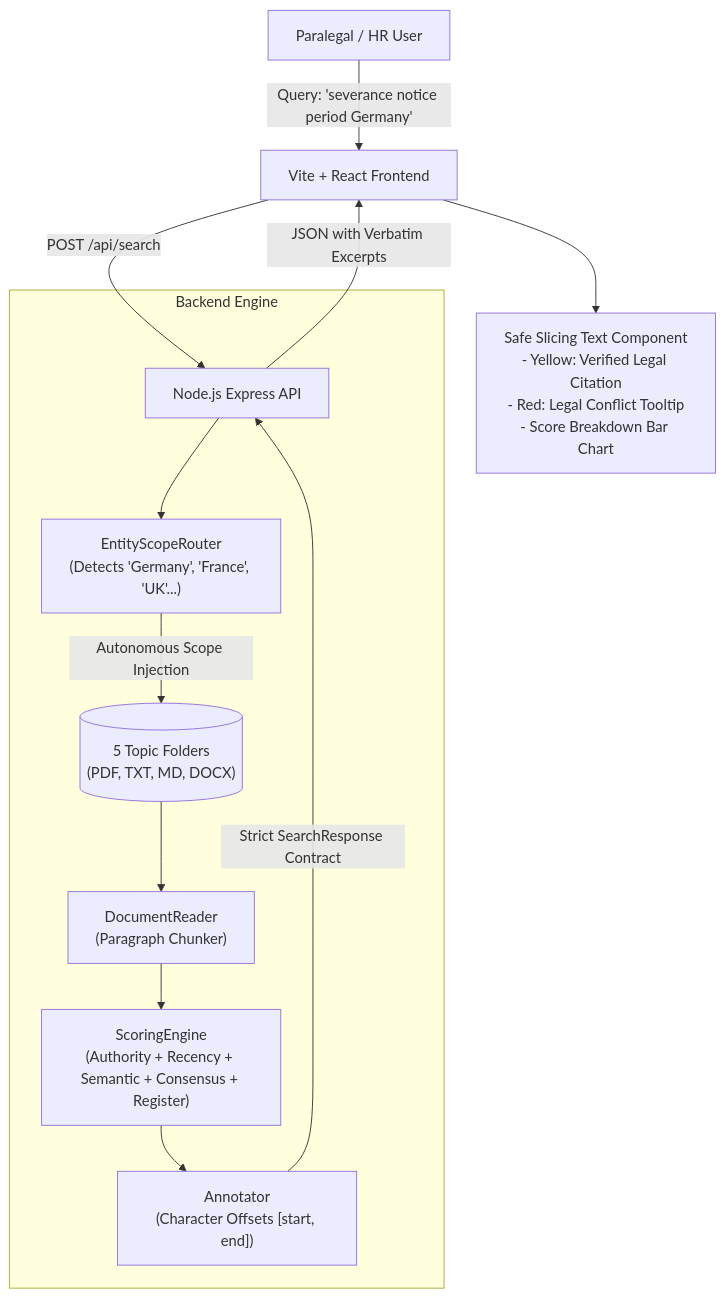
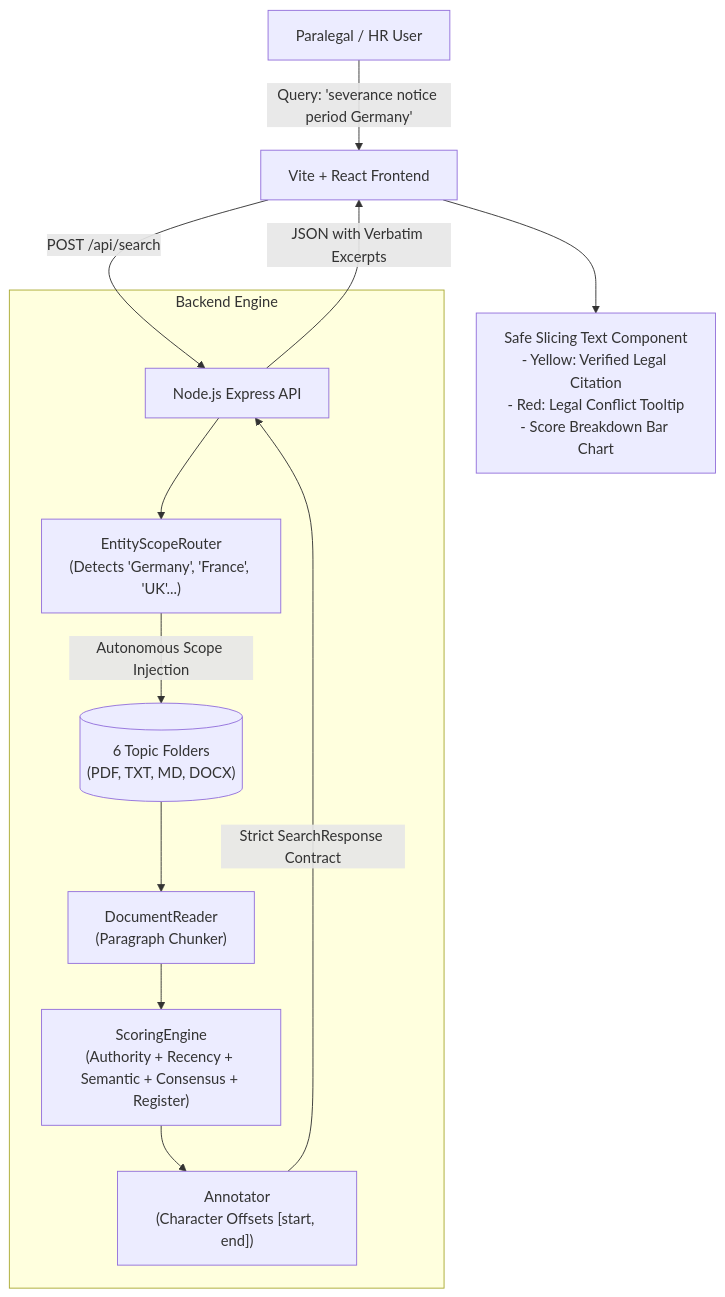
Before and after one commit to LaurensHolthof/Tectonic-Elektrisch-Vuur: the diagram in README.md, drawn with Mermaid. The commit also changed other lines of this file and 33 other files, not shown here.

````diff
--- a/README.md
+++ b/README.md
@@ -11,17 +11,17 @@
 ```mermaid
 flowchart TD
     User["Paralegal / HR User"] -->|Query: 'severance notice period Germany'| Frontend["Vite + React Frontend"]
     Frontend -->|POST /api/search| API["Node.js Express API"]
     
     subgraph Backend Engine
         API --> Router["EntityScopeRouter\n(Detects 'Germany', 'France', 'UK'...)"]
-        Router -->|Autonomous Scope Injection| Corpus[("5 Topic Folders\n(PDF, TXT, MD, DOCX)")]
+        Router -->|Autonomous Scope Injection| Corpus[("6 Topic Folders\n(PDF, TXT, MD, DOCX)")]
         Corpus --> Reader["DocumentReader\n(Paragraph Chunker)"]
         Reader --> Scoring["ScoringEngine\n(Authority + Recency + Semantic + Consensus + Register)"]
         Scoring --> Annotator["Annotator\n(Character Offsets [start, end])"]
     end
     
     Annotator -->|Strict SearchResponse Contract| API
     API -->|JSON with Verbatim Excerpts| Frontend
     Frontend --> HighlightedUI["Safe Slicing Text Component\n- Yellow: Verified Legal Citation\n- Red: Legal Conflict Tooltip\n- Score Breakdown Bar Chart"]
 ```
````
